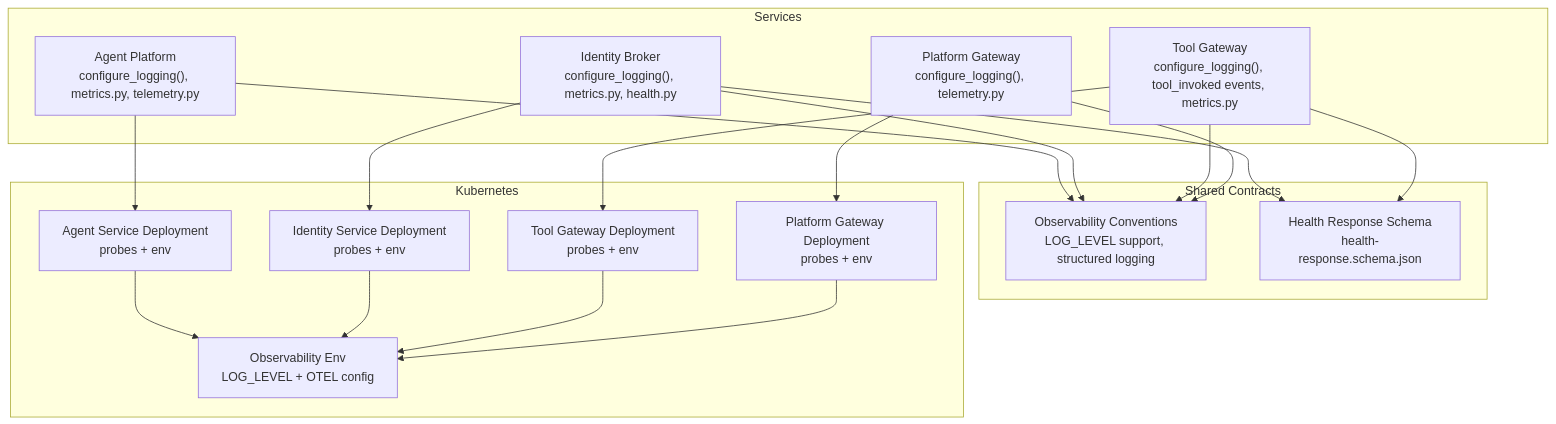
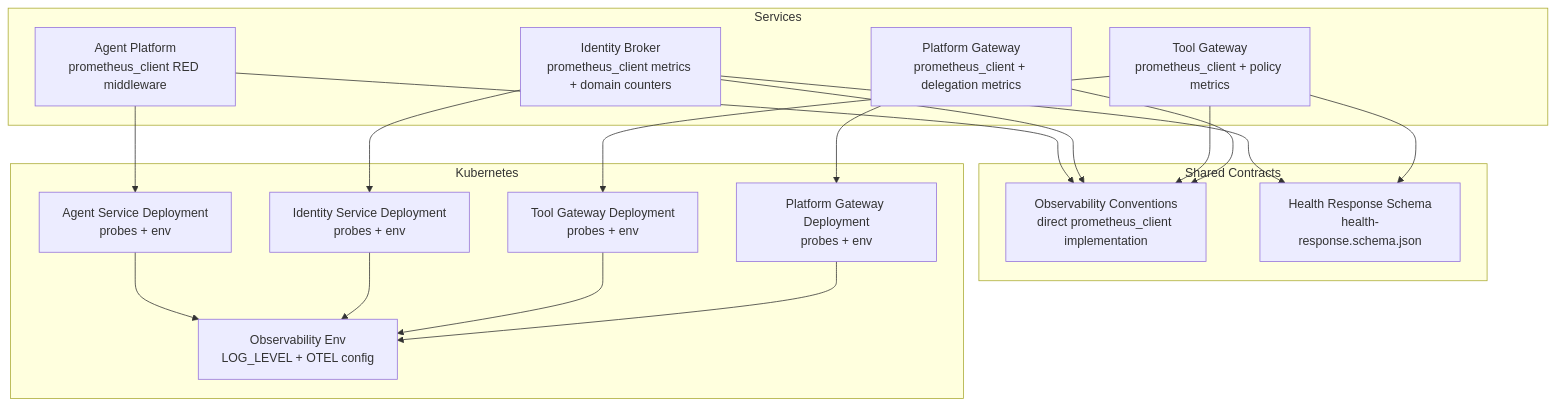
Before and after one commit to metasync/luban-aiops: the first of 9 diagrams in .qoder/repowiki/en/content/Monitoring and Observability/Monitoring and Observability.md, drawn with Mermaid. The commit also changed other lines of this file and 3 other files, not shown here.

````diff
--- a/.qoder/repowiki/en/content/Monitoring and Observability/Monitoring and Observability.md
+++ b/.qoder/repowiki/en/content/Monitoring and Observability/Monitoring and Observability.md
@@ -62,34 +57,34 @@
 ```mermaid
 graph TB
 subgraph "Services"
-AP["Agent Platform<br/>configure_logging(), metrics.py, telemetry.py"]
-IB["Identity Broker<br/>configure_logging(), metrics.py, health.py"]
-TG["Tool Gateway<br/>configure_logging(), tool_invoked events, metrics.py"]
-PG["Platform Gateway<br/>configure_logging(), telemetry.py"]
+AP["Agent Platform<br/>prometheus_client RED middleware"]
+IB["Identity Broker<br/>prometheus_client metrics + domain counters"]
+TG["Tool Gateway<br/>prometheus_client + policy metrics"]
+PG["Platform Gateway<br/>prometheus_client + delegation metrics"]
 end
 subgraph "Shared Contracts"
-OC["Observability Conventions<br/>LOG_LEVEL support, structured logging"]
+OC["Observability Conventions<br/>direct prometheus_client implementation"]
 HR["Health Response Schema<br/>health-response.schema.json"]
 end
 subgraph "Kubernetes"
 OBS_ENV["Observability Env<br/>LOG_LEVEL + OTEL config"]
 AP_DEP["Agent Service Deployment<br/>probes + env"]
 IB_DEP["Identity Service Deployment<br/>probes + env"]
 TG_DEP["Tool Gateway Deployment<br/>probes + env"]
 PG_DEP["Platform Gateway Deployment<br/>probes + env"]
 end
 AP --> OC
 IB --> OC
 TG --> OC
 PG --> OC
 IB --> HR
 TG --> HR
 AP --> AP_DEP
 IB --> IB_DEP
 TG --> TG_DEP
 PG --> PG_DEP
 AP_DEP --> OBS_ENV
 IB_DEP --> OBS_ENV
 TG_DEP --> OBS_ENV
 PG_DEP --> OBS_ENV
 ```
````
